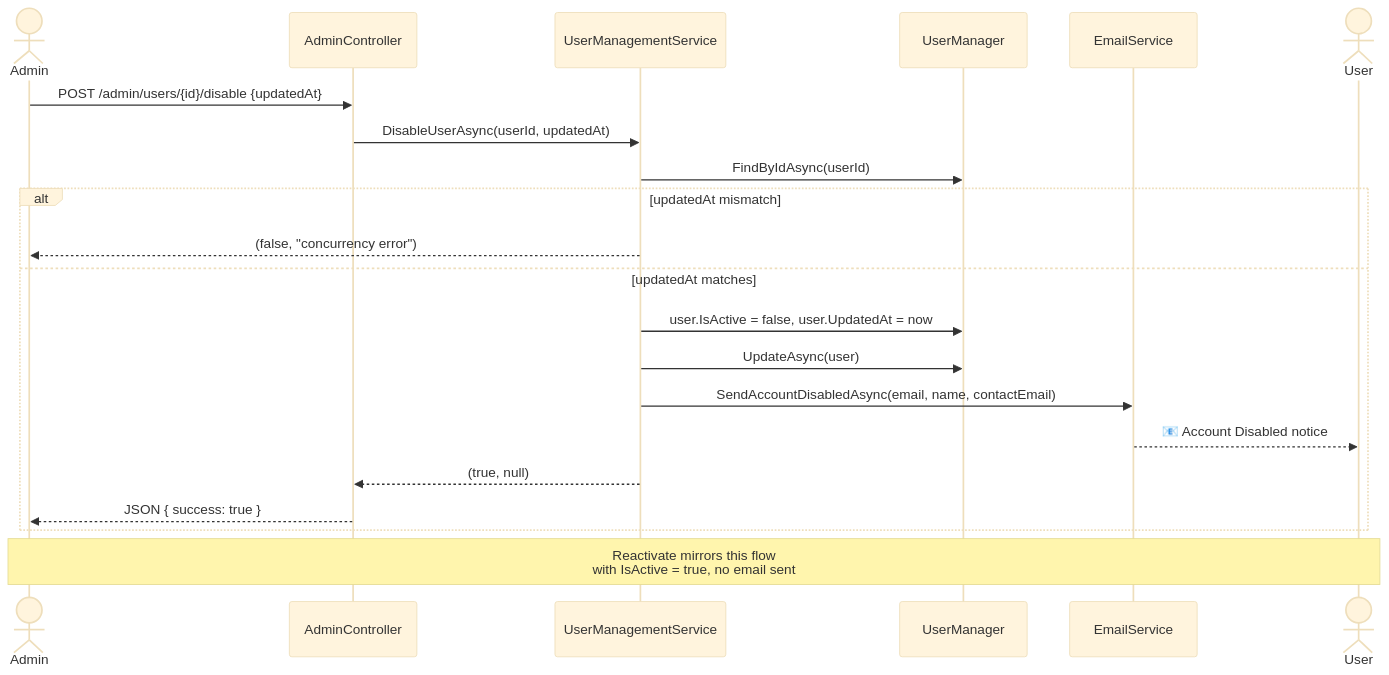
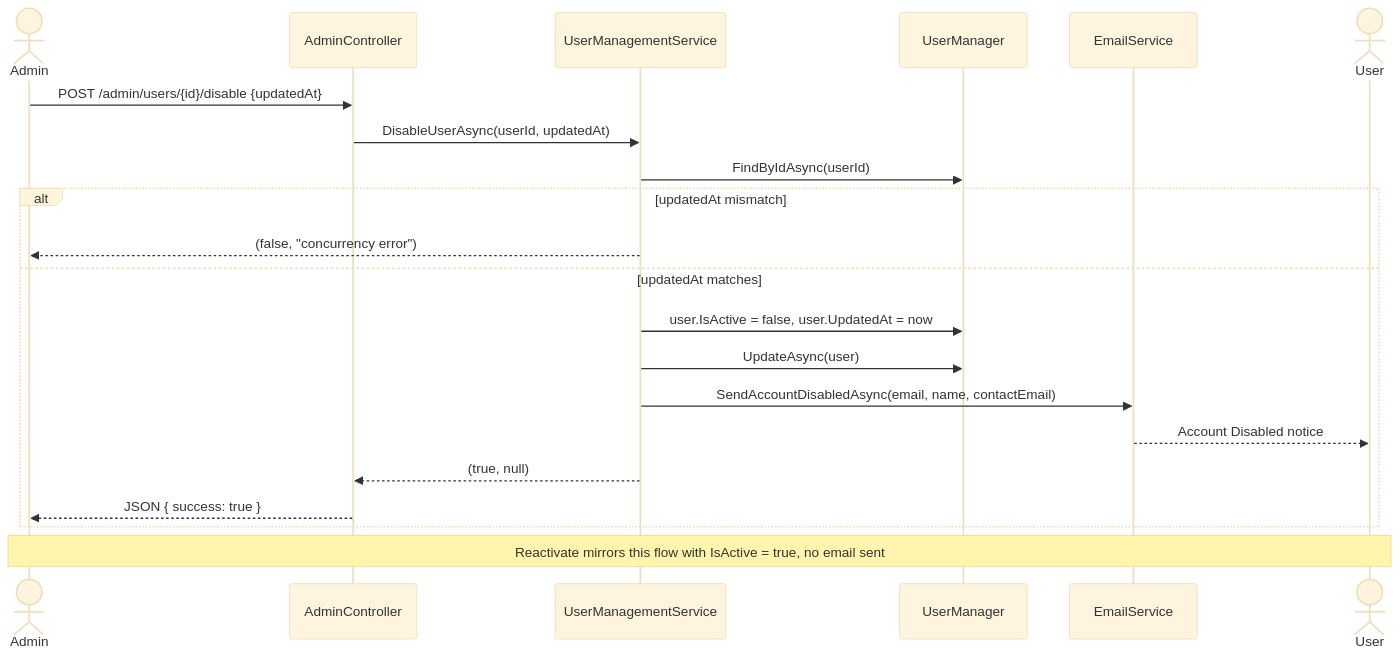
One commit to lethanhtrong161005/EduChatbotSolution changed the third of 4 diagrams in knowledge-base/ADMIN_USER_MANAGEMENT_FLOWS.md. Above: the diagram before and after it, drawn with Mermaid (base theme). The commit also changed other lines of this file and 25 other files, not shown here.

First line of the commit message:
Enhance Admin User Management and Password Reset Features

````diff
--- a/knowledge-base/ADMIN_USER_MANAGEMENT_FLOWS.md
+++ b/knowledge-base/ADMIN_USER_MANAGEMENT_FLOWS.md
@@ -100,26 +85,26 @@
 ```mermaid
 sequenceDiagram
     actor Admin
     participant UI as AdminController
     participant UMS as UserManagementService
     participant UM as UserManager
     participant Email as EmailService
     actor User
 
     Admin->>UI: POST /admin/users/{id}/disable {updatedAt}
     UI->>UMS: DisableUserAsync(userId, updatedAt)
     UMS->>UM: FindByIdAsync(userId)
 
     alt updatedAt mismatch
         UMS-->>Admin: (false, "concurrency error")
     else updatedAt matches
         UMS->>UM: user.IsActive = false, user.UpdatedAt = now
         UMS->>UM: UpdateAsync(user)
         UMS->>Email: SendAccountDisabledAsync(email, name, contactEmail)
-        Email-->>User: 📧 Account Disabled notice
+        Email-->>User: Account Disabled notice
         UMS-->>UI: (true, null)
         UI-->>Admin: JSON { success: true }
     end
 
-    Note over Admin,User: Reactivate mirrors this flow<br/>with IsActive = true, no email sent
+    Note over Admin,User: Reactivate mirrors this flow with IsActive = true, no email sent
 ```
````
